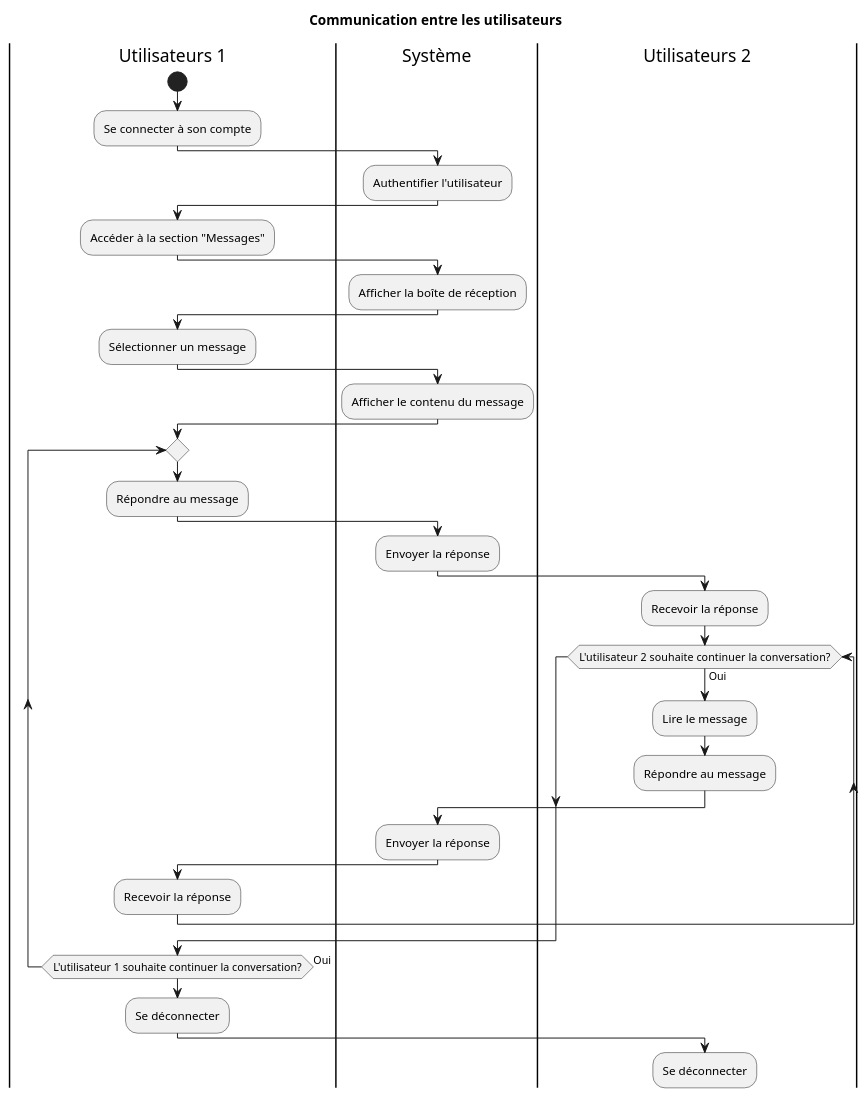
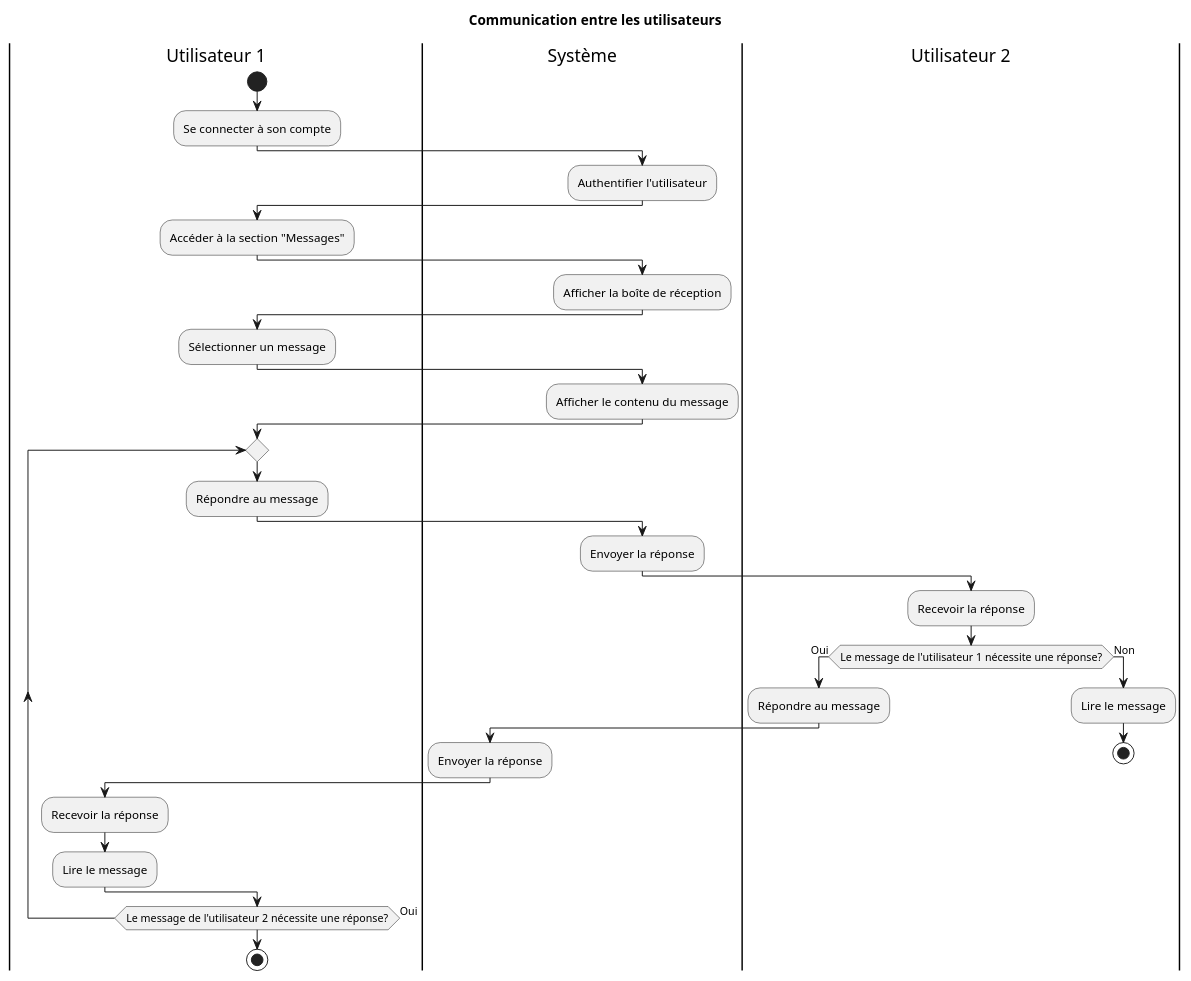
One commit to AurelienDillies/Primeo changed the diagram in Conception/activite/communication.puml. Above: the diagram before and after it, drawn with PlantUML.

Commit message:
Correction communication fait

```diff
--- a/Conception/activite/communication.puml
+++ b/Conception/activite/communication.puml
@@ -1,39 +1,42 @@
 @startuml Communication entre les utilisateurs
 
 title Communication entre les utilisateurs
 
-|Utilisateurs 1|
+|Utilisateur 1|
 start
 :Se connecter à son compte;
 |Système|
 :Authentifier l'utilisateur;
-|Utilisateurs 1|
+|Utilisateur 1|
 :Accéder à la section "Messages";
 |Système|
 :Afficher la boîte de réception;
-|Utilisateurs 1|
+|Utilisateur 1|
 :Sélectionner un message;
 |Système|
 :Afficher le contenu du message;
-|Utilisateurs 1|
-repeat
+|Utilisateur 1|
+repeat 
 :Répondre au message;
 |Système|
 :Envoyer la réponse;
-|Utilisateurs 2|
+|Utilisateur 2|
 :Recevoir la réponse;
-while (L'utilisateur  2 souhaite continuer la conversation?) is (Oui)
-  |Utilisateurs 2|
-  :Lire le message;
+if (Le message de l'utilisateur 1 nécessite une réponse?) then (Oui)
+  |Utilisateur 2|
   :Répondre au message;
   |Système|
   :Envoyer la réponse;
-  |Utilisateurs 1|
+  |Utilisateur 1|
   :Recevoir la réponse;
-endwhile
-repeat while (L'utilisateur 1 souhaite continuer la conversation?) is (Oui)
-|Utilisateurs 1|
-:Se déconnecter;
-|Utilisateurs 2|
-:Se déconnecter;
+  :Lire le message;
+else (Non)
+  |Utilisateur 2|
+  :Lire le message;
+  stop
+endif 
+|Utilisateur 1|
+repeat while(Le message de l'utilisateur 2 nécessite une réponse?) is (Oui)
+stop
+
 @enduml
```
